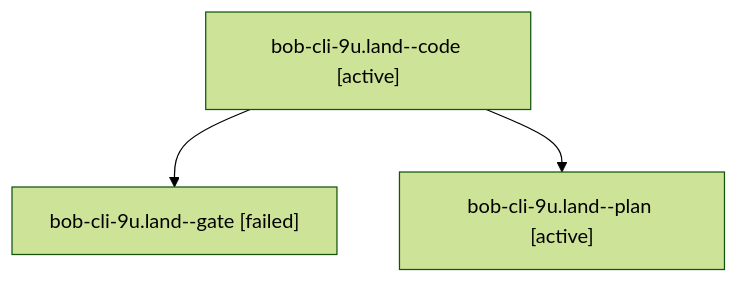
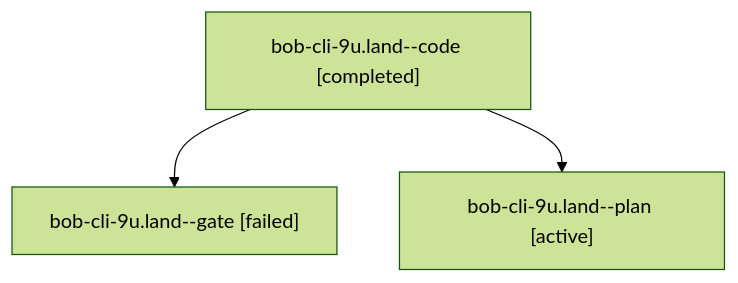
Before and after one commit to bobs-org/bob-cli--agents: the diagram in sessions/bbugyi200.athena.bob-cli-9u.land.md, drawn with Mermaid (forest theme). The commit also changed other lines of this file and 48 other files, not shown here.

````diff
--- a/sessions/bbugyi200.athena.bob-cli-9u.land.md
+++ b/sessions/bbugyi200.athena.bob-cli-9u.land.md
@@ -9,8 +9,8 @@
 ```mermaid
 flowchart TD
-  n0["bob-cli-9u.land--code [active]"]
+  n0["bob-cli-9u.land--code [completed]"]
   n1["bob-cli-9u.land--gate [failed]"]
   n0 --> n1
   n2["bob-cli-9u.land--plan [active]"]
   n0 --> n2
 ```
````
